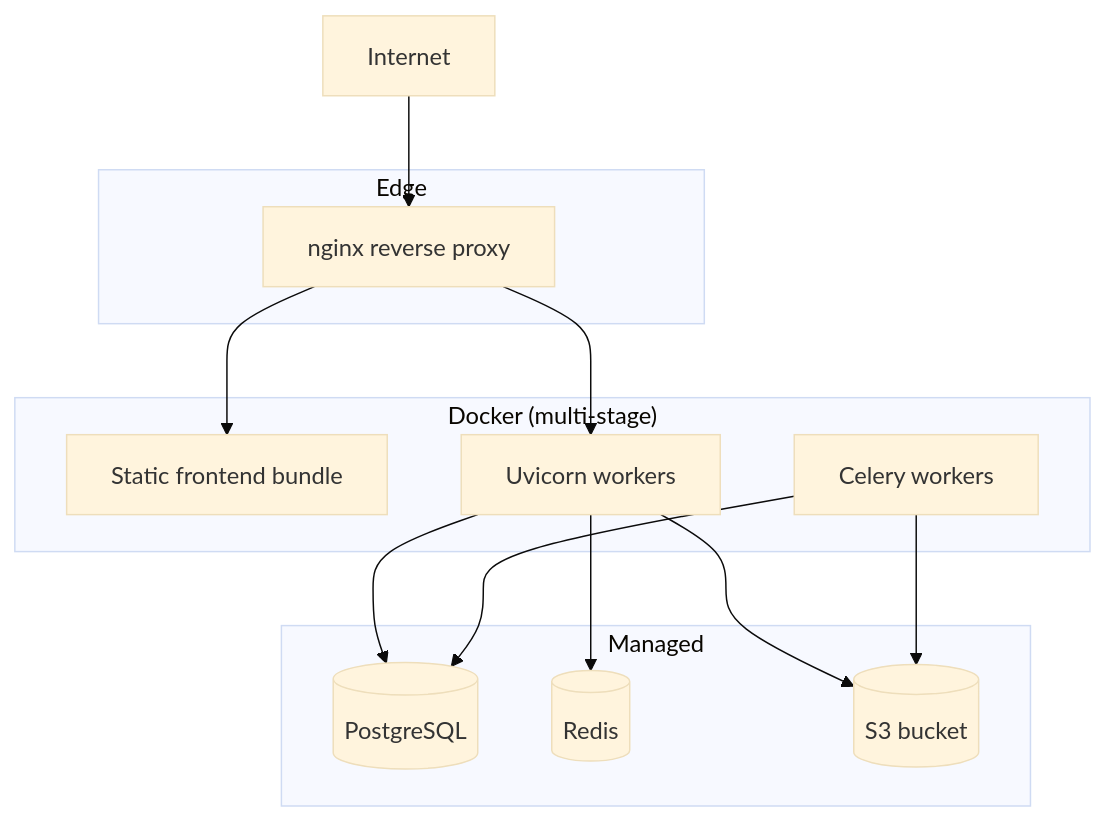
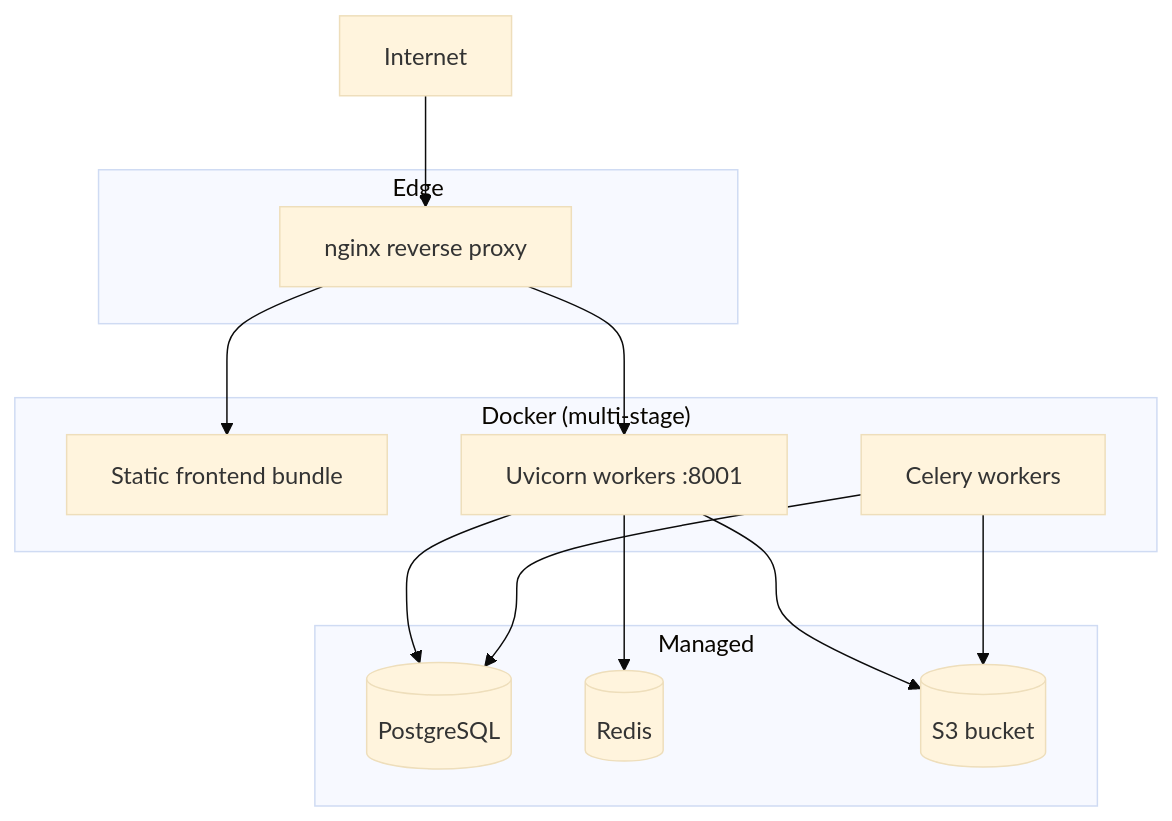
Diagram 16 of 16 in README.md (SercanOzkan55/CV-Analyzer), drawn with Mermaid (base theme) before and after one commit. The commit also changed other lines of this file, not shown here.

````diff
--- a/README.md
+++ b/README.md
@@ -489,21 +1186,21 @@
 ```mermaid
 flowchart TD
     subgraph Edge
         N[nginx reverse proxy]
     end
     subgraph App["Docker (multi-stage)"]
         FE[Static frontend bundle]
-        BE[Uvicorn workers]
+        BE[Uvicorn workers :8001]
         WK[Celery workers]
     end
     subgraph Managed
         PG[(PostgreSQL)]
         RDS[(Redis)]
         S3[(S3 bucket)]
     end
     Internet --> N
     N --> FE
     N --> BE
     BE --> PG & RDS & S3
     WK --> PG & S3
 ```
````
